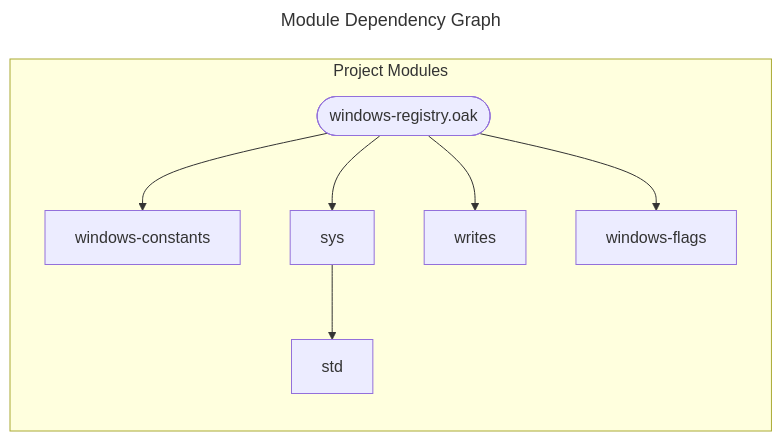
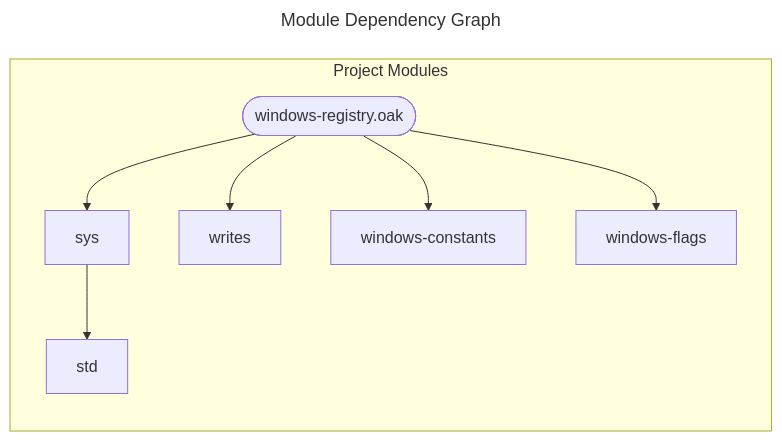
Before and after one commit to SpcFORK/magnolia: the diagram in docs/spec/windows-registry.mmd, drawn with Mermaid. The commit also changed other lines of this file and 184 other files, not shown here.

```diff
--- a/docs/spec/windows-registry.mmd
+++ b/docs/spec/windows-registry.mmd
@@ -1,17 +1,17 @@
 ---
 title: Module Dependency Graph
 ---
 flowchart LR
     subgraph project_modules ["Project Modules"]
+        sys["sys"]
+        std["std"]
+        writes["writes"]
         windows_constants["windows-constants"]
         windows_flags["windows-flags"]
         lib_windows_registry_oak(["windows-registry.oak"])
-        sys["sys"]
-        std["std"]
-        writes["writes"]
     end
+    sys --> std
     lib_windows_registry_oak --> sys
     lib_windows_registry_oak --> writes
     lib_windows_registry_oak --> windows_constants
     lib_windows_registry_oak --> windows_flags
-    sys --> std
```
